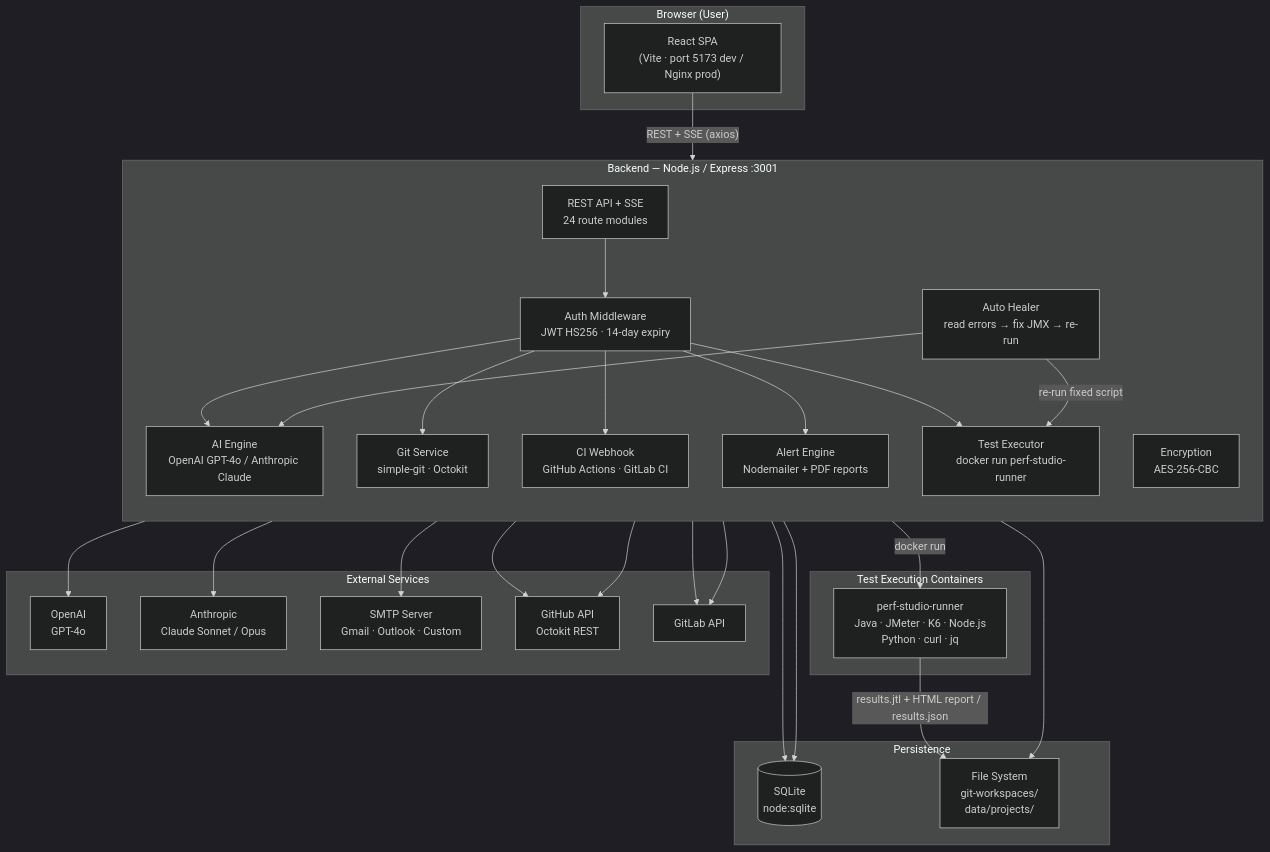
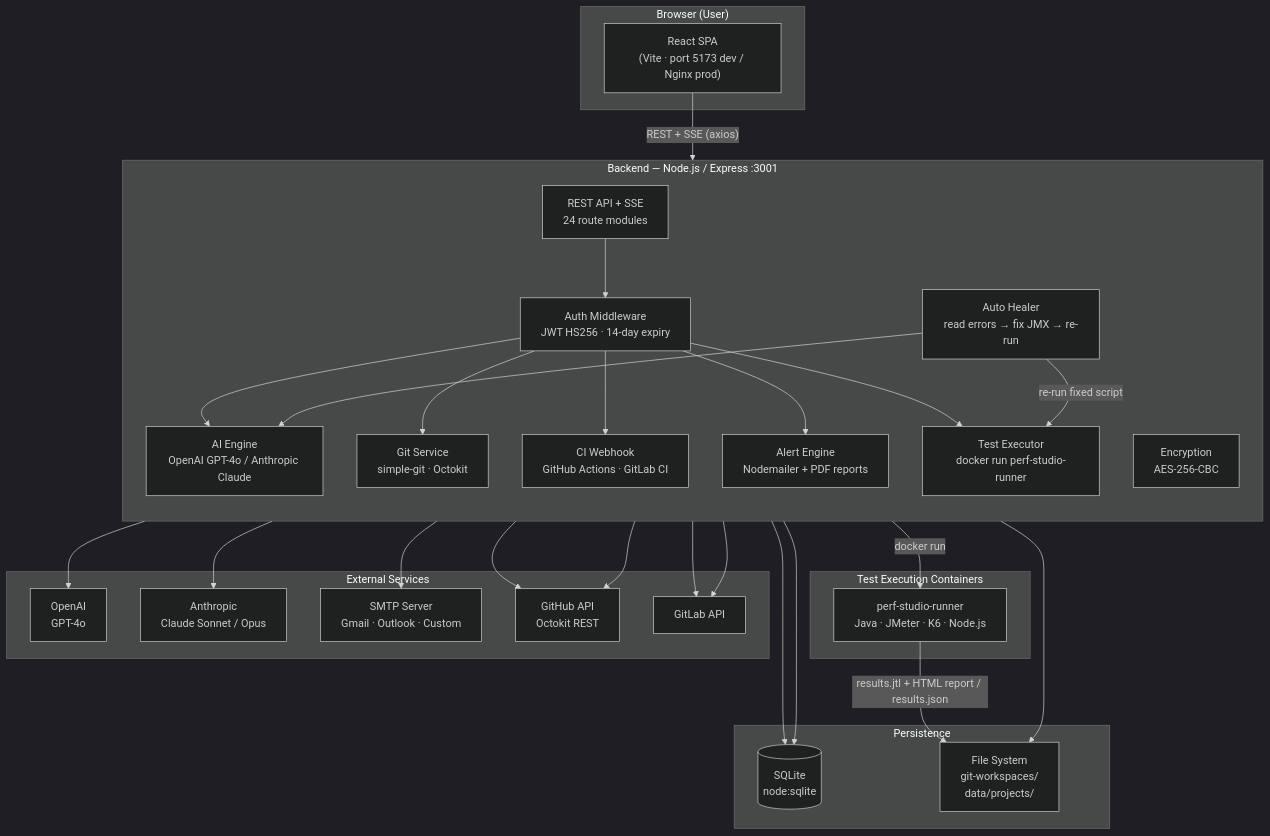
Before and after one commit to tasleem-zaif/perf-studio: the first of 12 diagrams in docs/ARCHITECTURE.md, drawn with Mermaid (dark theme). The commit also changed other lines of this file, not shown here.

Commit message:
docs: trim perf-studio-runner contents to Java, JMeter, K6, Node.js only

````diff
--- a/docs/ARCHITECTURE.md
+++ b/docs/ARCHITECTURE.md
@@ -30,50 +30,50 @@
 ```mermaid
 graph TB
     subgraph Client["Browser (User)"]
         UI["React SPA\n(Vite · port 5173 dev / Nginx prod)"]
     end
 
     subgraph Backend["Backend — Node.js / Express  :3001"]
         direction TB
         API["REST API + SSE\n24 route modules"]
         Auth["Auth Middleware\nJWT HS256 · 14-day expiry"]
         AIEngine["AI Engine\nOpenAI GPT-4o / Anthropic Claude"]
         Healer["Auto Healer\nread errors → fix JMX → re-run"]
         GitSvc["Git Service\nsimple-git · Octokit"]
         CIWebhook["CI Webhook\nGitHub Actions · GitLab CI"]
         Email["Alert Engine\nNodemailer + PDF reports"]
         Enc["Encryption\nAES-256-CBC"]
         Exec["Test Executor\ndocker run perf-studio-runner"]
     end
 
     subgraph Storage["Persistence"]
         DB[("SQLite\nnode:sqlite")]
         FS["File System\ngit-workspaces/\ndata/projects/"]
     end
 
     subgraph Execution["Test Execution Containers"]
-        Runner["perf-studio-runner\nJava · JMeter · K6 · Node.js\nPython · curl · jq"]
+        Runner["perf-studio-runner\nJava · JMeter · K6 · Node.js"]
     end
 
     subgraph External["External Services"]
         GPT["OpenAI\nGPT-4o"]
         Claude["Anthropic\nClaude Sonnet / Opus"]
         SMTP["SMTP Server\nGmail · Outlook · Custom"]
         GitHub["GitHub API\nOctokit REST"]
         GitLab["GitLab API"]
     end
 
     UI -->|"REST + SSE (axios)"| API
     API --> Auth --> AIEngine & GitSvc & CIWebhook & Email & Exec
     API --> DB
     API --> FS
     AIEngine --> GPT & Claude
     Exec -->|"docker run"| Runner
     Runner -->|"results.jtl + HTML report / results.json"| FS
     Healer --> AIEngine
     Healer -->|"re-run fixed script"| Exec
     Email --> SMTP
     GitSvc --> GitHub & GitLab
     CIWebhook --> GitHub & GitLab
     Enc --> DB
 ```
````
